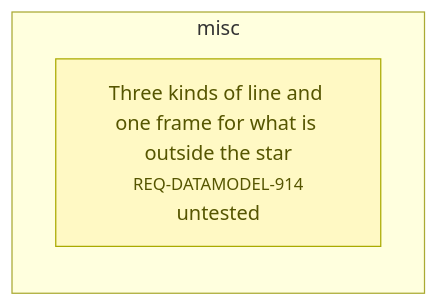
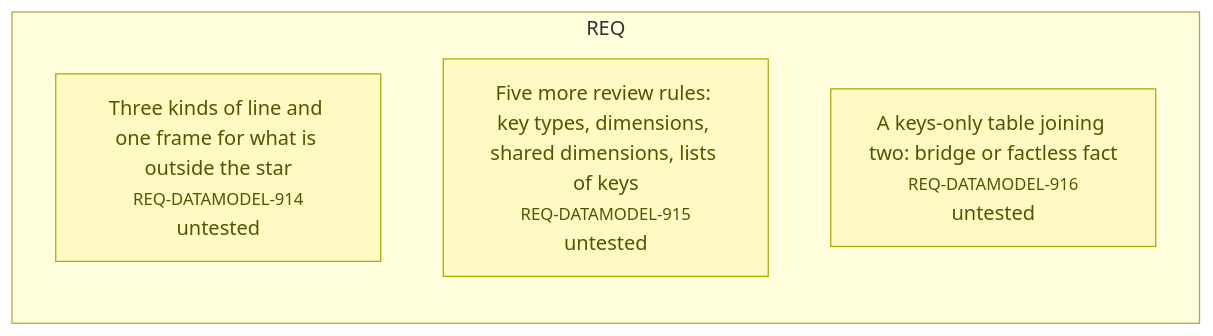
One commit to alxmax/excalidraw-diagram changed the fourth of 4 diagrams in requirements/_map.md. Above: the diagram before and after it, drawn with Mermaid. The commit also changed other lines of this file and 17 other files, not shown here.

First line of the commit message:
Five more review rules and a better call on a keys-only table (v2.18.0)

````diff
--- a/requirements/_map.md
+++ b/requirements/_map.md
@@ -134,7 +136,11 @@
 ```mermaid
 graph LR
-  subgraph sg_misc["misc"]
+  subgraph sg_REQ["REQ"]
     REQ_DATAMODEL_914["Three kinds of line and one frame for what is outside the star<br><small>REQ-DATAMODEL-914</small><br>untested"]
+    REQ_DATAMODEL_915["Five more review rules: key types, dimensions, shared dimensions, lists of keys<br><small>REQ-DATAMODEL-915</small><br>untested"]
+    REQ_DATAMODEL_916["A keys-only table joining two: bridge or factless fact<br><small>REQ-DATAMODEL-916</small><br>untested"]
   end
   style REQ_DATAMODEL_914 fill:#fff9c4,stroke:#aa0,color:#550
+  style REQ_DATAMODEL_915 fill:#fff9c4,stroke:#aa0,color:#550
+  style REQ_DATAMODEL_916 fill:#fff9c4,stroke:#aa0,color:#550
 ```
````
